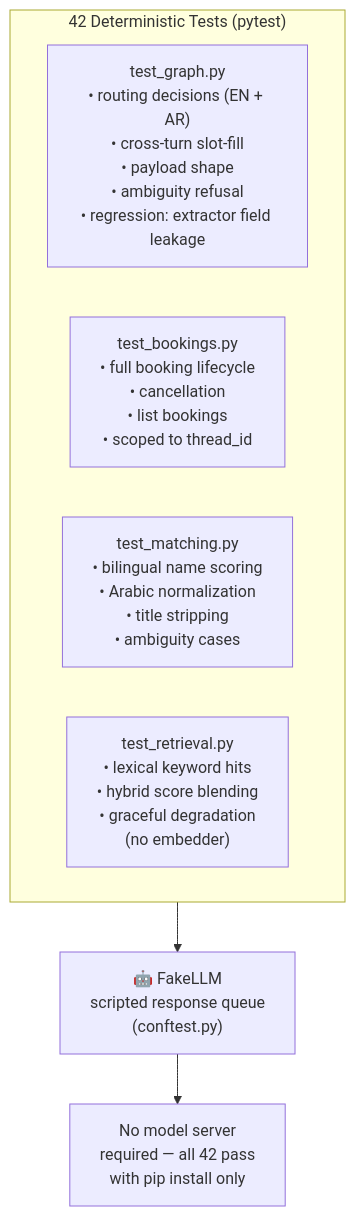
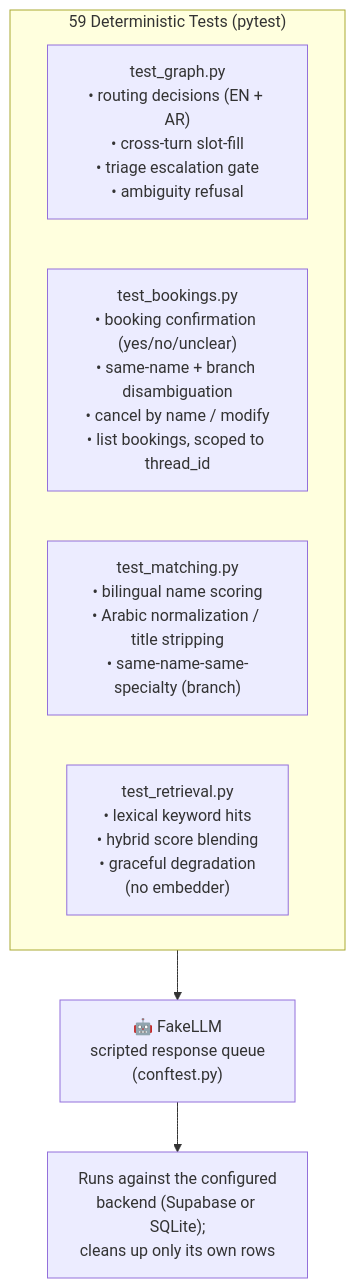
Before and after one commit to Geno212/dms-medical-chatbot: diagram 12 of 13 in docs/SYSTEM_DOCUMENTATION.md, drawn with Mermaid. The commit also changed other lines of this file and 1 other file, not shown here.

First line of the commit message:
Align docs with confirmation step, disambiguation, and updated counts

````diff
--- a/docs/SYSTEM_DOCUMENTATION.md
+++ b/docs/SYSTEM_DOCUMENTATION.md
@@ -509,15 +529,15 @@
 ```mermaid
 flowchart TB
-    subgraph Suite["42 Deterministic Tests  (pytest)"]
-        TG["test_graph.py<br/>• routing decisions (EN + AR)<br/>• cross-turn slot-fill<br/>• payload shape<br/>• ambiguity refusal<br/>• regression: extractor field leakage"]
-        TB["test_bookings.py<br/>• full booking lifecycle<br/>• cancellation<br/>• list bookings<br/>• scoped to thread_id"]
-        TM["test_matching.py<br/>• bilingual name scoring<br/>• Arabic normalization<br/>• title stripping<br/>• ambiguity cases"]
+    subgraph Suite["59 Deterministic Tests  (pytest)"]
+        TG["test_graph.py<br/>• routing decisions (EN + AR)<br/>• cross-turn slot-fill<br/>• triage escalation gate<br/>• ambiguity refusal"]
+        TB["test_bookings.py<br/>• booking confirmation (yes/no/unclear)<br/>• same-name + branch disambiguation<br/>• cancel by name / modify<br/>• list bookings, scoped to thread_id"]
+        TM["test_matching.py<br/>• bilingual name scoring<br/>• Arabic normalization / title stripping<br/>• same-name-same-specialty (branch)"]
         TR["test_retrieval.py<br/>• lexical keyword hits<br/>• hybrid score blending<br/>• graceful degradation<br/>(no embedder)"]
     end
 
     FakeLLM["🤖 FakeLLM<br/>scripted response queue<br/>(conftest.py)"]
-    NoServer["No model server<br/>required — all 42 pass<br/>with pip install only"]
+    Backend["Runs against the configured<br/>backend (Supabase or SQLite);<br/>cleans up only its own rows"]
 
     Suite --> FakeLLM
-    FakeLLM --> NoServer
+    FakeLLM --> Backend
 ```
````
